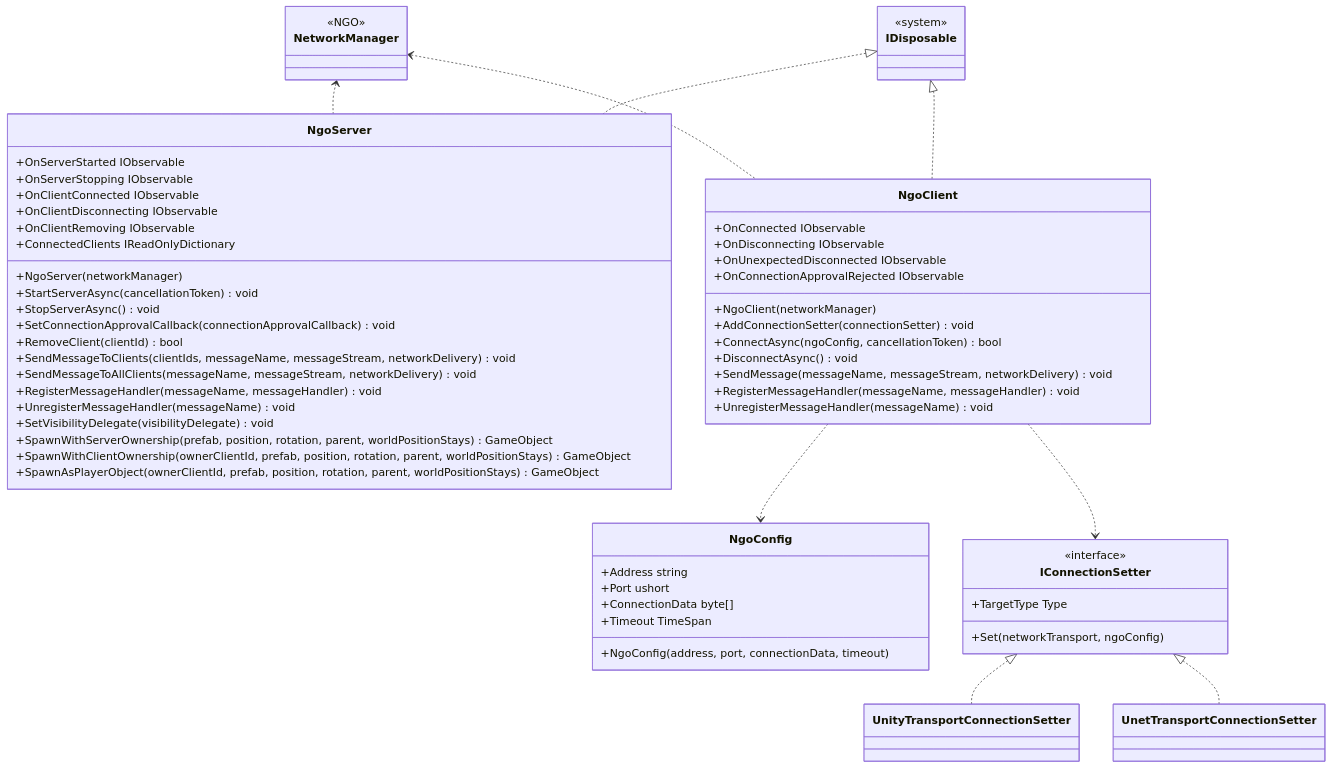
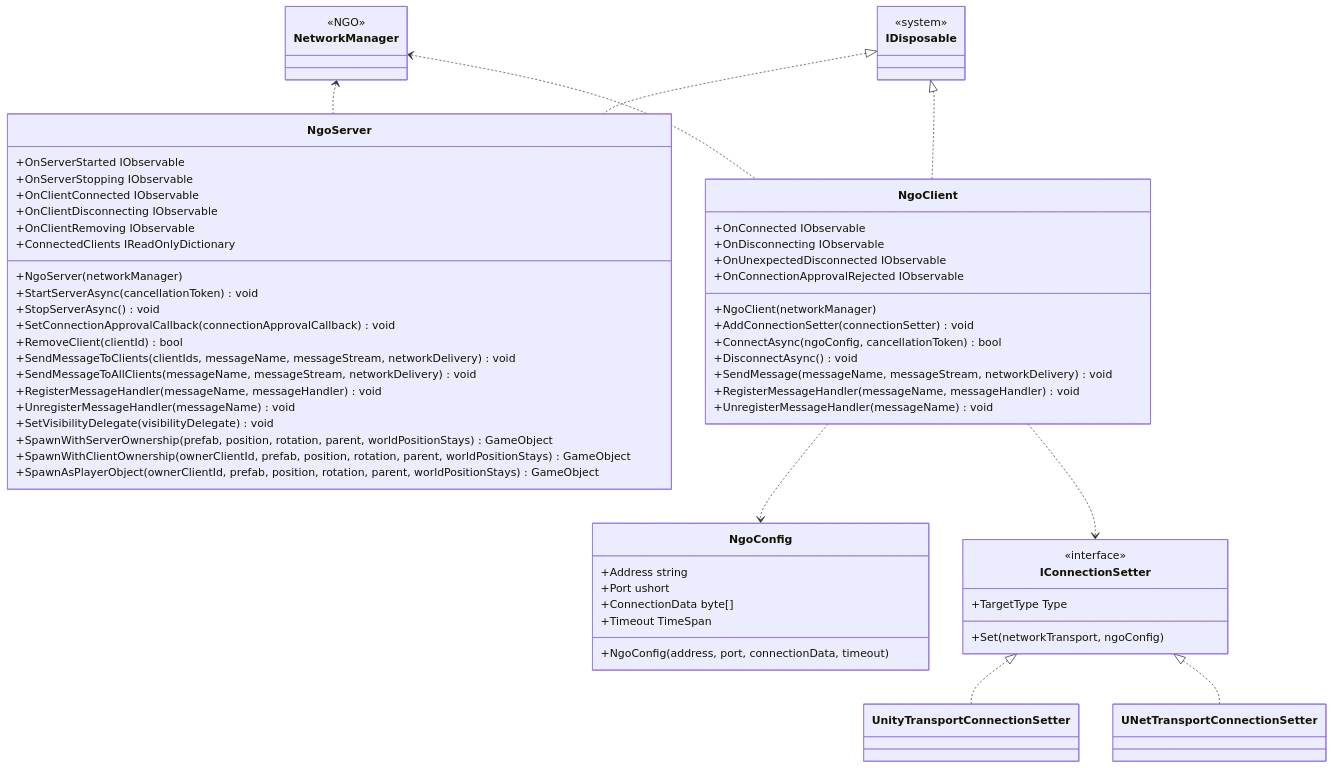
One commit to extreal-dev/Extreal.Guide changed the diagram in docs/integration/multiplay.ngo.md. Above: the diagram before and after it, drawn with Mermaid. The commit also changed other lines of this file and 47 other files, not shown here.

````diff
--- a/docs/integration/multiplay.ngo.md
+++ b/docs/integration/multiplay.ngo.md
@@ -69,76 +69,76 @@
 ```mermaid
 classDiagram
 
     NetworkManager <.. NgoServer
     NetworkManager <.. NgoClient
     NgoClient ..> NgoConfig
     NgoClient ..> IConnectionSetter
     IConnectionSetter <|.. UnityTransportConnectionSetter
-    IConnectionSetter <|.. UnetTransportConnectionSetter
+    IConnectionSetter <|.. UNetTransportConnectionSetter
     IDisposable <|.. NgoServer
     IDisposable <|.. NgoClient
 
     class NetworkManager {
         <<NGO>>
     }
 
     class NgoServer {
         +OnServerStarted IObservable
         +OnServerStopping IObservable
         +OnClientConnected IObservable
         +OnClientDisconnecting IObservable
         +OnClientRemoving IObservable
         +ConnectedClients IReadOnlyDictionary
         +NgoServer(networkManager)
         +StartServerAsync(cancellationToken) void
         +StopServerAsync() void
         +SetConnectionApprovalCallback(connectionApprovalCallback) void
         +RemoveClient(clientId) bool
         +SendMessageToClients(clientIds, messageName, messageStream, networkDelivery) void
         +SendMessageToAllClients(messageName, messageStream, networkDelivery) void
         +RegisterMessageHandler(messageName, messageHandler) void
         +UnregisterMessageHandler(messageName) void
         +SetVisibilityDelegate(visibilityDelegate) void
         +SpawnWithServerOwnership(prefab, position, rotation, parent, worldPositionStays) GameObject
         +SpawnWithClientOwnership(ownerClientId, prefab, position, rotation, parent, worldPositionStays) GameObject
         +SpawnAsPlayerObject(ownerClientId, prefab, position, rotation, parent, worldPositionStays) GameObject
     }
 
     class NgoClient {
         +OnConnected IObservable
         +OnDisconnecting IObservable
         +OnUnexpectedDisconnected IObservable
         +OnConnectionApprovalRejected IObservable
         +NgoClient(networkManager)
         +AddConnectionSetter(connectionSetter) void
         +ConnectAsync(ngoConfig, cancellationToken) bool
         +DisconnectAsync() void
         +SendMessage(messageName, messageStream, networkDelivery) void
         +RegisterMessageHandler(messageName, messageHandler) void
         +UnregisterMessageHandler(messageName) void
     }
 
     class NgoConfig {
         +Address string
         +Port ushort
         +ConnectionData byte[]
         +Timeout TimeSpan
         +NgoConfig(address, port, connectionData, timeout)
     }
 
     class IConnectionSetter {
         <<interface>>
         +TargetType Type
         +Set(networkTransport, ngoConfig)
     }
 
     class UnityTransportConnectionSetter {
     }
 
-    class UnetTransportConnectionSetter {
+    class UNetTransportConnectionSetter {
     }
 
     class IDisposable {
         <<system>>
     }
 ```
````
